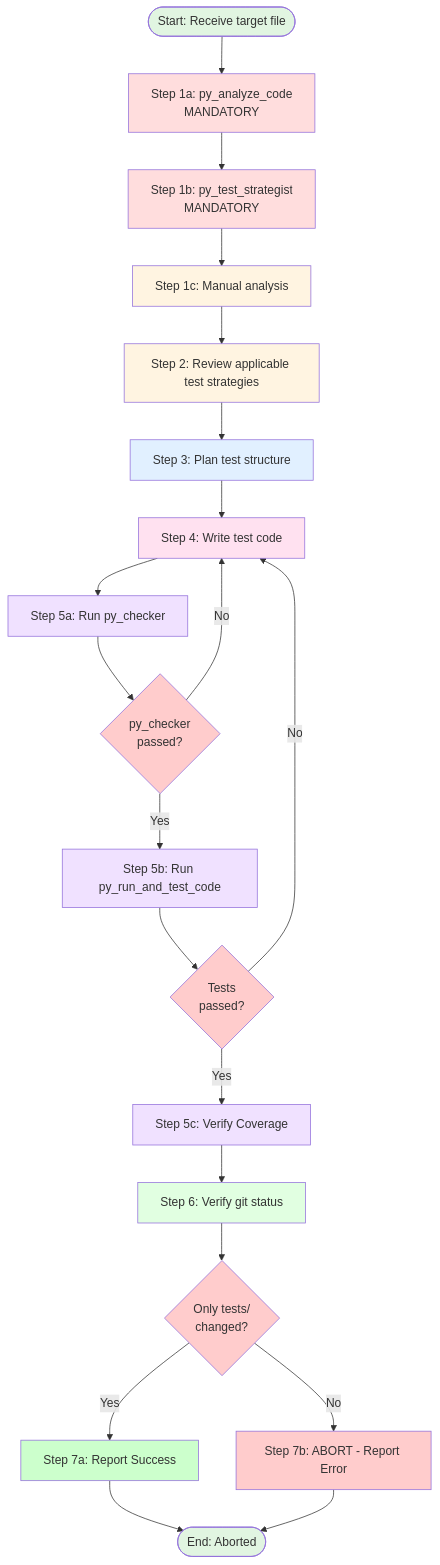
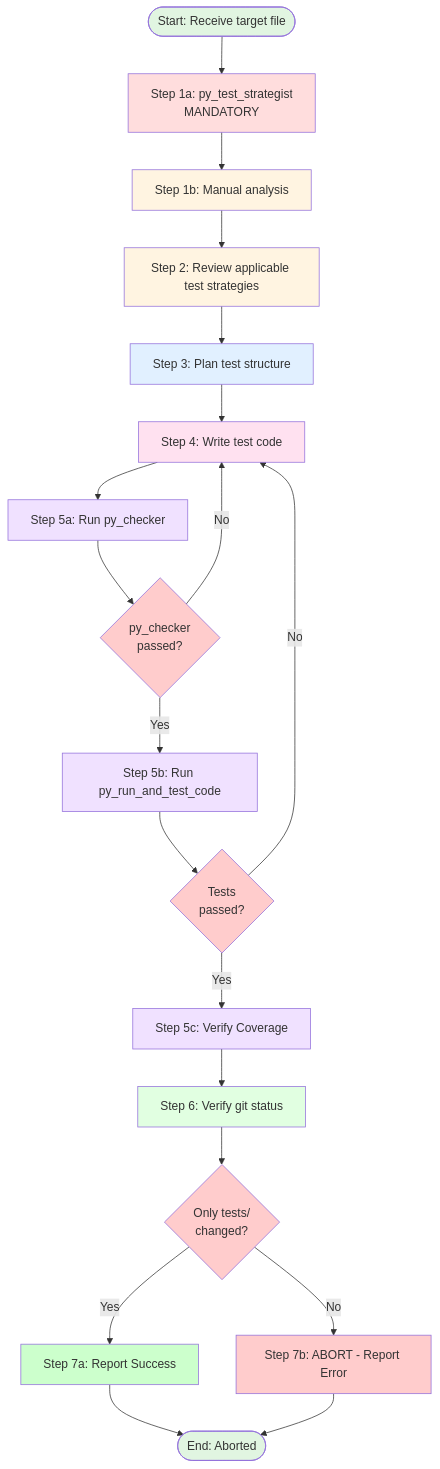
One commit to s-age/pipe changed the diagram in procedures/python_unit_test_generation.md. Above: the diagram before and after it, drawn with Mermaid. The commit also changed other lines of this file and 3 other files, not shown here.

````diff
--- a/procedures/python_unit_test_generation.md
+++ b/procedures/python_unit_test_generation.md
@@ -13,48 +13,46 @@
 ```mermaid
 graph TD
-    Start([Start: Receive target file]) --> Step1A[Step 1a: py_analyze_code<br/>MANDATORY]
-    Step1A --> Step1B[Step 1b: py_test_strategist<br/>MANDATORY]
-    Step1B --> Step1C[Step 1c: Manual analysis]
+    Start([Start: Receive target file]) --> Step1A[Step 1a: py_test_strategist<br/>MANDATORY]
+    Step1A --> Step1B[Step 1b: Manual analysis]
 
-    Step1C --> Step2[Step 2: Review applicable test strategies]
+    Step1B --> Step2[Step 2: Review applicable test strategies]
 
     Step2 --> Step3[Step 3: Plan test structure]
 
     Step3 --> Step4[Step 4: Write test code]
 
     Step4 --> Step5A[Step 5a: Run py_checker]
     Step5A --> CheckChecker{py_checker<br/>passed?}
     CheckChecker -- No --> Step4
     CheckChecker -- Yes --> Step5B[Step 5b: Run py_run_and_test_code]
 
     Step5B --> CheckTests{Tests<br/>passed?}
     CheckTests -- No --> Step4
     CheckTests -- Yes --> Step5C[Step 5c: Verify Coverage]
 
     Step5C --> Step6[Step 6: Verify git status]
 
     Step6 --> Step7{Only tests/<br/>changed?}
     Step7 -- Yes --> Success[Step 7a: Report Success]
     Step7 -- No --> Report[Step 7b: ABORT - Report Error]
 
     Success --> End([End: Success])
     Report --> End([End: Aborted])
 
     style Start fill:#e1f5e1
     style End fill:#e1f5e1
     style Step1A fill:#ffdddd
-    style Step1B fill:#ffdddd
-    style Step1C fill:#fff4e1
+    style Step1B fill:#fff4e1
     style Step2 fill:#fff4e1
     style Step3 fill:#e1f0ff
     style Step4 fill:#ffe1f0
     style Step5A fill:#f0e1ff
     style Step5B fill:#f0e1ff
     style Step5C fill:#f0e1ff
     style Step6 fill:#e1ffe1
     style CheckChecker fill:#ffcccc
     style CheckTests fill:#ffcccc
     style Step7 fill:#ffcccc
     style Success fill:#ccffcc
     style Report fill:#ffcccc
 ```
````
